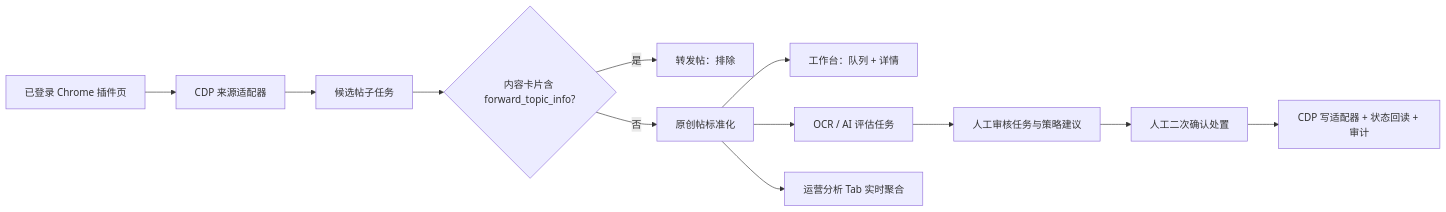
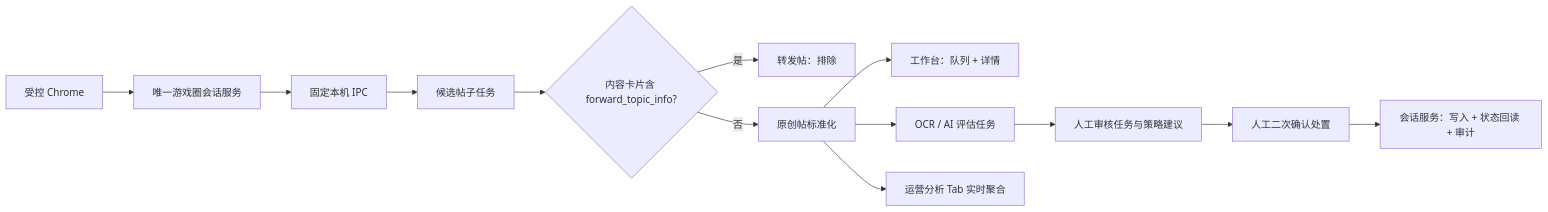
Before and after one commit to llCnll/wechat-operation: the first of 3 diagrams in docs/guides/system-overview.md, drawn with Mermaid. The commit also changed other lines of this file and 81 other files, not shown here.

````diff
--- a/docs/guides/system-overview.md
+++ b/docs/guides/system-overview.md
@@ -7,14 +7,15 @@
 ```mermaid
 flowchart LR
-  A[已登录 Chrome 插件页] --> B[CDP 来源适配器]
-  B --> C[候选帖子任务]
-  C --> D{内容卡片含 forward_topic_info?}
+  A[受控 Chrome] --> B[唯一游戏圈会话服务]
+  B --> C[固定本机 IPC]
+  C --> D1[候选帖子任务]
+  D1 --> D{内容卡片含 forward_topic_info?}
   D -->|是| E[转发帖：排除]
   D -->|否| F[原创帖标准化]
   F --> G[工作台：队列 + 详情]
   F --> H[OCR / AI 评估任务]
   H --> I[人工审核任务与策略建议]
   I --> J[人工二次确认处置]
-  J --> K[CDP 写适配器 + 状态回读 + 审计]
+  J --> K[会话服务：写入 + 状态回读 + 审计]
   F --> L[运营分析 Tab 实时聚合]
 ```
````
